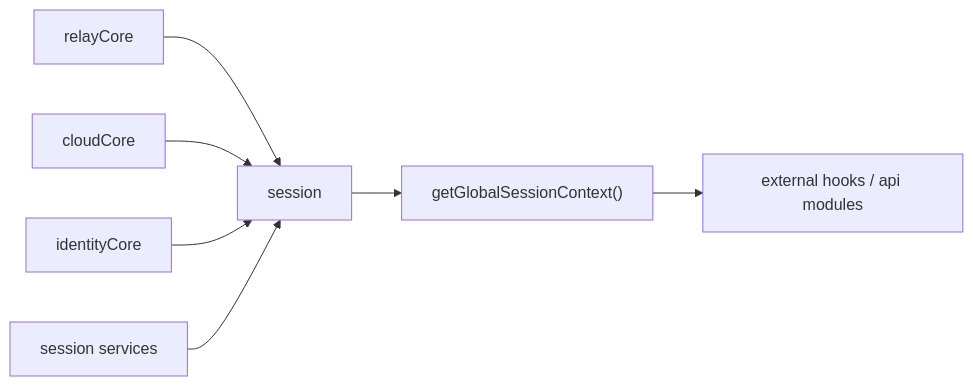
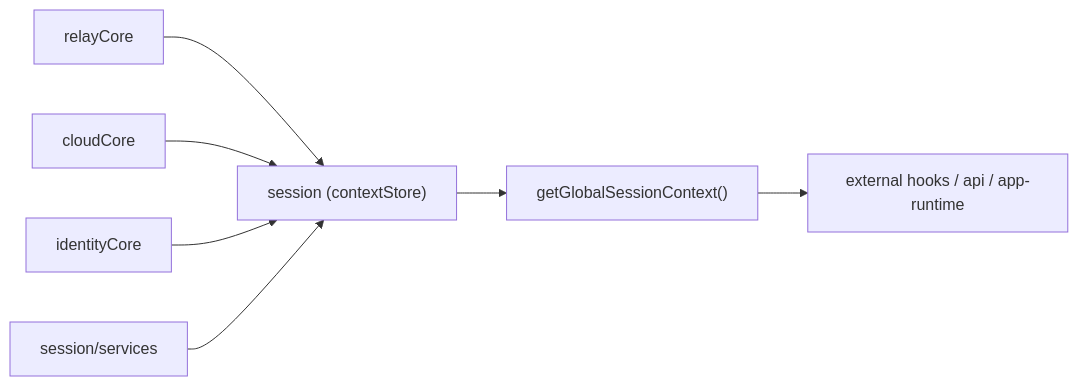
The diagram in libs/web-core/docs/session/README.md (lemoncloud-io/dou-app), drawn with Mermaid before and after one commit. The commit also changed other lines of this file and 19 other files, not shown here.

````diff
--- a/libs/web-core/docs/session/README.md
+++ b/libs/web-core/docs/session/README.md
@@ -86,9 +61,9 @@
 ```mermaid
 flowchart LR
-  RC["relayCore"] --> S["session"]
+  RC["relayCore"] --> S["session (contextStore)"]
   CC["cloudCore"] --> S
   IC["identityCore"] --> S
-  SV["session services"] --> S
+  SV["session/services"] --> S
   S --> G["getGlobalSessionContext()"]
-  G --> E["external hooks / api modules"]
+  G --> E["external hooks / api / app-runtime"]
 ```
````
